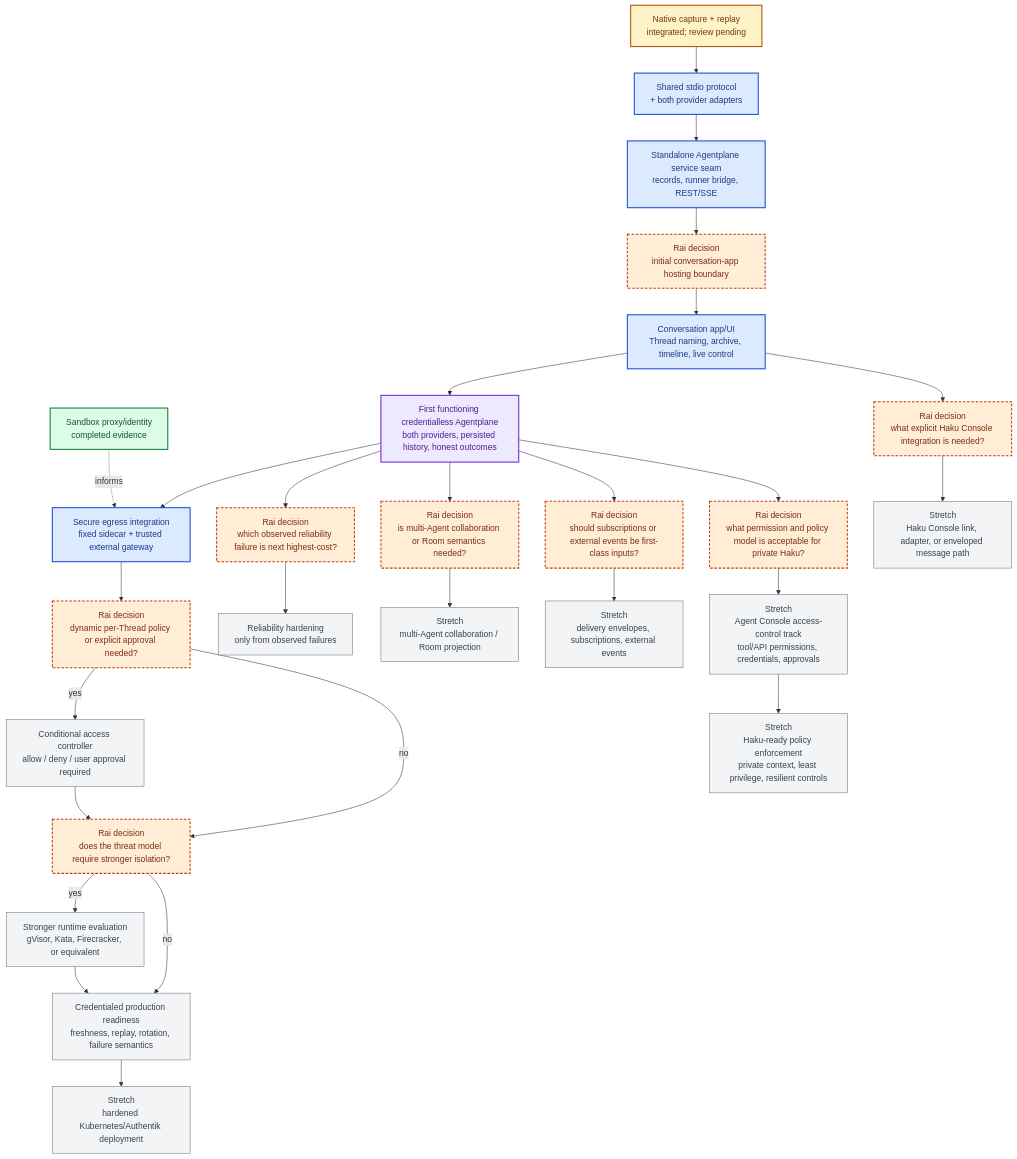
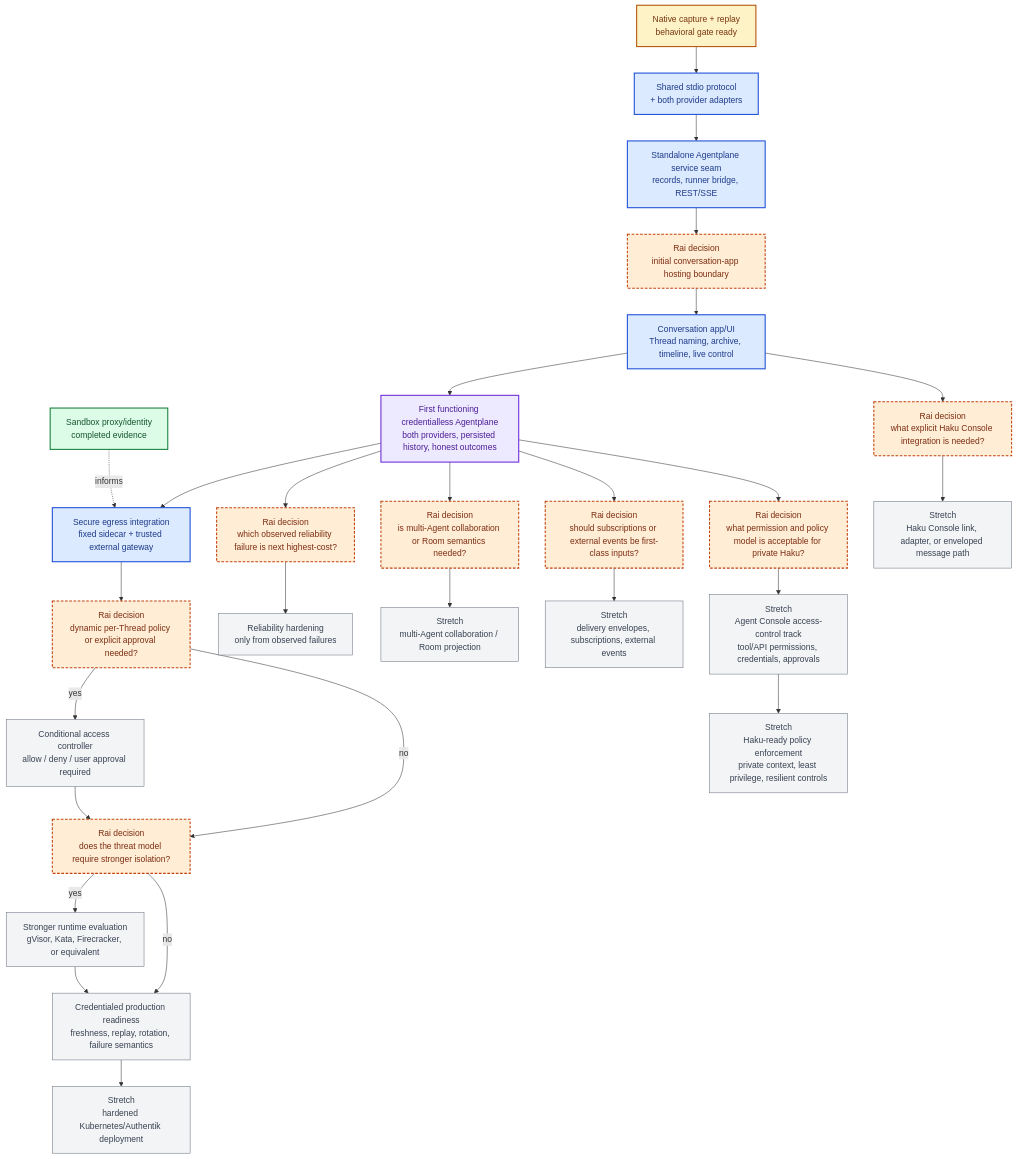
The diagram in x/agentplane/plans/task_dag.md (agentydragon-agent/ducktape), drawn with Mermaid before and after one commit. The commit also changed other lines of this file and 93 other files, not shown here.

Commit message:
test(agentplane): compact native replay fixtures

````diff
--- a/x/agentplane/plans/task_dag.md
+++ b/x/agentplane/plans/task_dag.md
@@ -29,52 +31,52 @@
 ```mermaid
 flowchart TB
     classDef completed fill:#dcfce7,stroke:#15803d,color:#14532d,stroke-width:2px
     classDef captureComplete fill:#fef3c7,stroke:#b45309,color:#78350f,stroke-width:2px
     classDef next fill:#dbeafe,stroke:#1d4ed8,color:#1e3a8a,stroke-width:2px
     classDef milestone fill:#ede9fe,stroke:#6d28d9,color:#4c1d95,stroke-width:2px
     classDef decision fill:#ffedd5,stroke:#c2410c,color:#7c2d12,stroke-width:2px,stroke-dasharray:5 3
     classDef future fill:#f3f4f6,stroke:#6b7280,color:#374151
 
     S0["Sandbox proxy/identity<br/>completed evidence"]:::completed
-    A["Native capture + replay<br/>integrated; review pending"]:::captureComplete
+    A["Native capture + replay<br/>behavioral gate ready"]:::captureComplete
     B["Shared stdio protocol<br/>+ both provider adapters"]:::next
     C["Standalone Agentplane service seam<br/>records, runner bridge, REST/SSE"]:::next
     D["Rai decision<br/>initial conversation-app hosting boundary"]:::decision
     E["Conversation app/UI<br/>Thread naming, archive, timeline, live control"]:::next
     F["First functioning credentialless Agentplane<br/>both providers, persisted history, honest outcomes"]:::milestone
 
     J["Secure egress integration<br/>fixed sidecar + trusted external gateway"]:::next
     P["Rai decision<br/>dynamic per-Thread policy or explicit approval needed?"]:::decision
     K["Conditional access controller<br/>allow / deny / user approval required"]:::future
     R["Rai decision<br/>does the threat model require stronger isolation?"]:::decision
     L["Credentialed production readiness<br/>freshness, replay, rotation, failure semantics"]:::future
     V["Stronger runtime evaluation<br/>gVisor, Kata, Firecracker, or equivalent"]:::future
 
     Q["Rai decision<br/>which observed reliability failure is next highest-cost?"]:::decision
     M["Reliability hardening<br/>only from observed failures"]:::future
 
     H["Rai decision<br/>is multi-Agent collaboration or Room semantics needed?"]:::decision
     N["Stretch<br/>multi-Agent collaboration / Room projection"]:::future
     X["Rai decision<br/>should subscriptions or external events be first-class inputs?"]:::decision
     Y["Stretch<br/>delivery envelopes, subscriptions, external events"]:::future
     Z["Rai decision<br/>what explicit Haku Console integration is needed?"]:::decision
     U["Stretch<br/>Haku Console link, adapter, or enveloped message path"]:::future
     AA["Rai decision<br/>what permission and policy model is acceptable for private Haku?"]:::decision
     AB["Stretch<br/>Agent Console access-control track<br/>tool/API permissions, credentials, approvals"]:::future
     AC["Stretch<br/>Haku-ready policy enforcement<br/>private context, least privilege, resilient controls"]:::future
     W["Stretch<br/>hardened Kubernetes/Authentik deployment"]:::future
 
     A --> B --> C --> D --> E --> F
     F --> J --> P
     P -->|yes| K --> R
     P -->|no| R
     R -->|yes| V --> L
     R -->|no| L
     F --> Q --> M
     F --> H --> N
     F --> X --> Y
     E --> Z --> U
     F --> AA --> AB --> AC
     L --> W
     S0 -. informs .-> J
 ```
````
